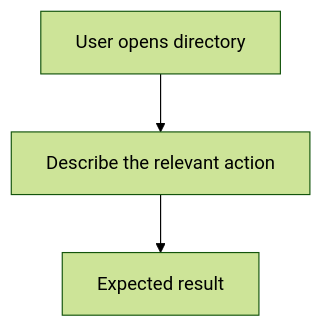
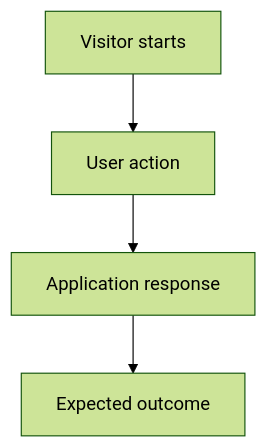
One commit to Brajesh31/codersh_task changed the diagram in docs/templates/feature-specification.md. Above: the diagram before and after it, drawn with Mermaid (forest theme). The commit also changed other lines of this file and 25 other files, not shown here.

````diff
--- a/docs/templates/feature-specification.md
+++ b/docs/templates/feature-specification.md
@@ -17,5 +29,6 @@
 ```mermaid
 flowchart TD
-  A[User opens directory] --> B[Describe the relevant action]
-  B --> C[Expected result]
+  A[Visitor starts] --> B[User action]
+  B --> C[Application response]
+  C --> D[Expected outcome]
 ```
````
